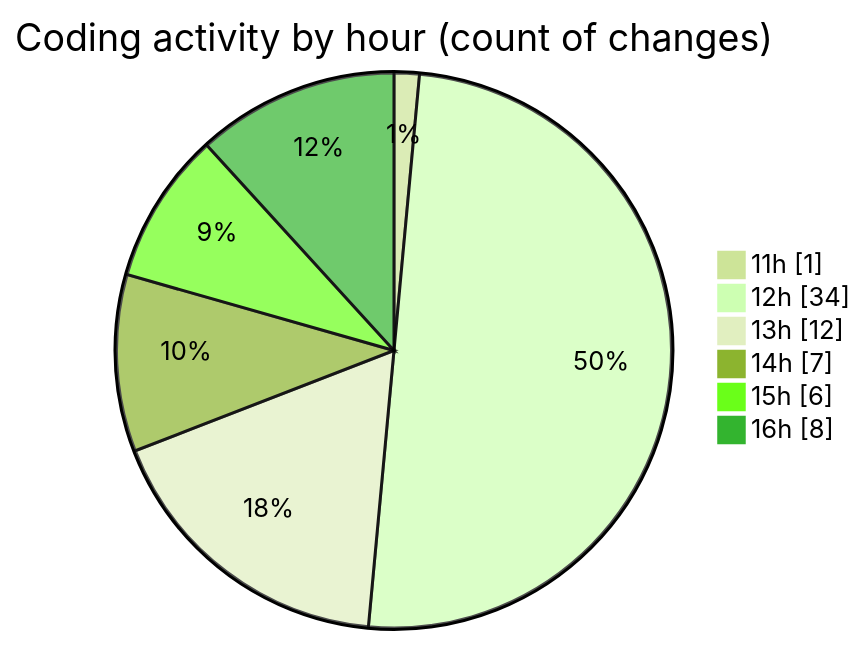
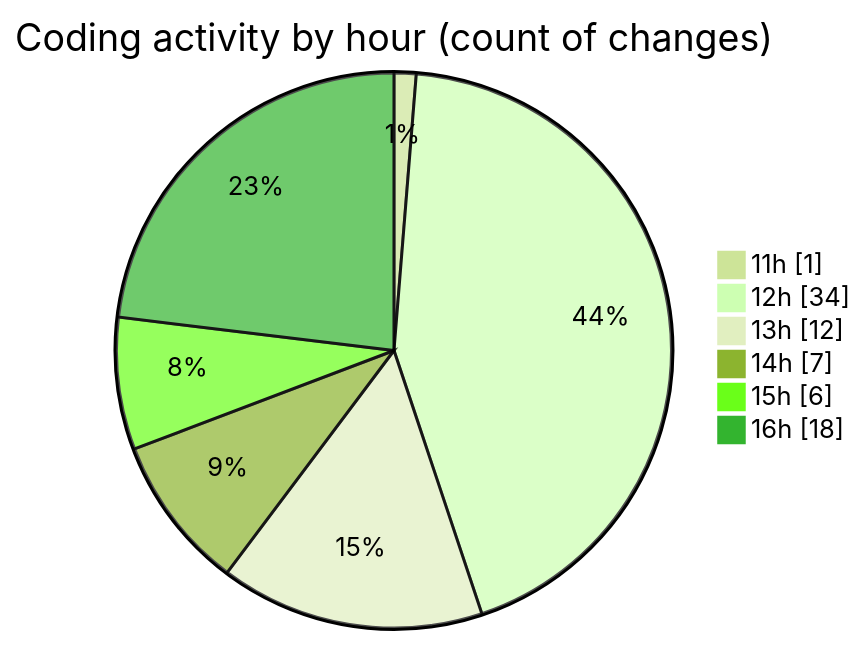
The second of 2 diagrams in 2025-07-25/nxtqube_webapp/README.md (nxtqubesakshisongat/code-tracking), drawn with Mermaid (forest theme) before and after one commit. The commit also changed other lines of this file and 1 other file, not shown here.

````diff
--- a/2025-07-25/nxtqube_webapp/README.md
+++ b/2025-07-25/nxtqube_webapp/README.md
@@ -42,10 +42,10 @@
 ```mermaid
 pie showData
 title Coding activity by hour (count of changes)
 "11h" : 1
 "12h" : 34
 "13h" : 12
 "14h" : 7
 "15h" : 6
-"16h" : 8
+"16h" : 18
 ```
````
